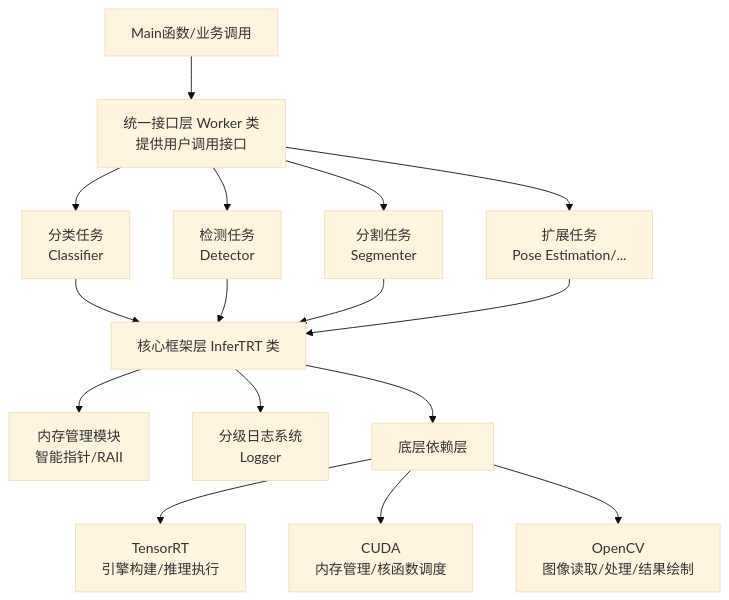
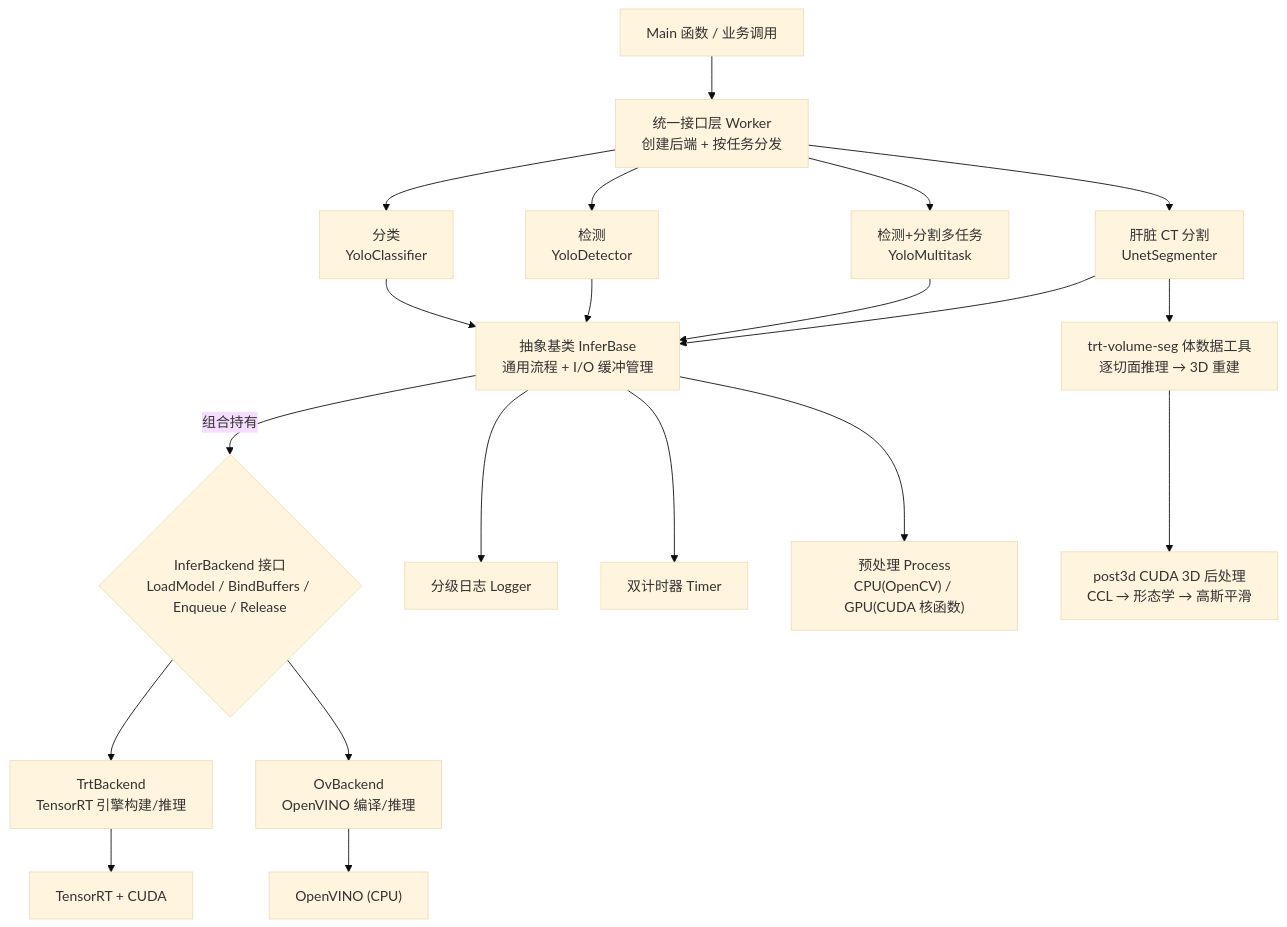
One commit to Chang-Chiang/InferDeploy changed the first of 13 diagrams in README.md. Above: the diagram before and after it, drawn with Mermaid (base theme). The commit also changed other lines of this file and 29 other files, not shown here.

````diff
--- a/README.md
+++ b/README.md
@@ -49,20 +97,25 @@
 ```mermaid
 flowchart TD
-    A[Main函数/业务调用] --> B[统一接口层 Worker 类<br> 提供用户调用接口]
-    
-    B --> C1[分类任务<br>Classifier]
-    B --> C2[检测任务<br>Detector]
-    B --> C3[分割任务<br>Segmenter]
-    B --> C4[扩展任务<br>Pose Estimation/...]
-    
-    C1 & C2 & C3 & C4 --> D[核心框架层 InferTRT 类]
+    A["Main 函数 / 业务调用"] --> B["统一接口层 Worker<br>创建后端 + 按任务分发"]
 
-    D --> D1[内存管理模块<br>智能指针/RAII]
-    D --> D2[分级日志系统<br>Logger]
-    D --> E[底层依赖层]
-    
-    E --> E1[TensorRT<br>引擎构建/推理执行]
-    E --> E2[CUDA<br>内存管理/核函数调度]
-    
-    E --> E3[OpenCV<br>图像读取/处理/结果绘制]
+    B --> C1["分类<br>YoloClassifier"]
+    B --> C2["检测<br>YoloDetector"]
+    B --> C3["检测+分割多任务<br>YoloMultitask"]
+    B --> C4["肝脏 CT 分割<br>UnetSegmenter"]
+
+    C1 & C2 & C3 & C4 --> D["抽象基类 InferBase<br>通用流程 + I/O 缓冲管理"]
+    D -->|"组合持有"| E{"InferBackend 接口<br>LoadModel / BindBuffers / Enqueue / Release"}
+
+    E --> F1["TrtBackend<br>TensorRT 引擎构建/推理"]
+    E --> F2["OvBackend<br>OpenVINO 编译/推理"]
+
+    D --> G1["分级日志 Logger"]
+    D --> G2["双计时器 Timer"]
+    D --> G3["预处理 Process<br>CPU(OpenCV) / GPU(CUDA 核函数)"]
+
+    F1 --> H1["TensorRT + CUDA"]
+    F2 --> H2["OpenVINO (CPU)"]
+
+    C4 --> I["trt-volume-seg 体数据工具<br>逐切面推理 → 3D 重建"]
+    I --> J["post3d CUDA 3D 后处理<br>CCL → 形态学 → 高斯平滑"]
 ```
````
